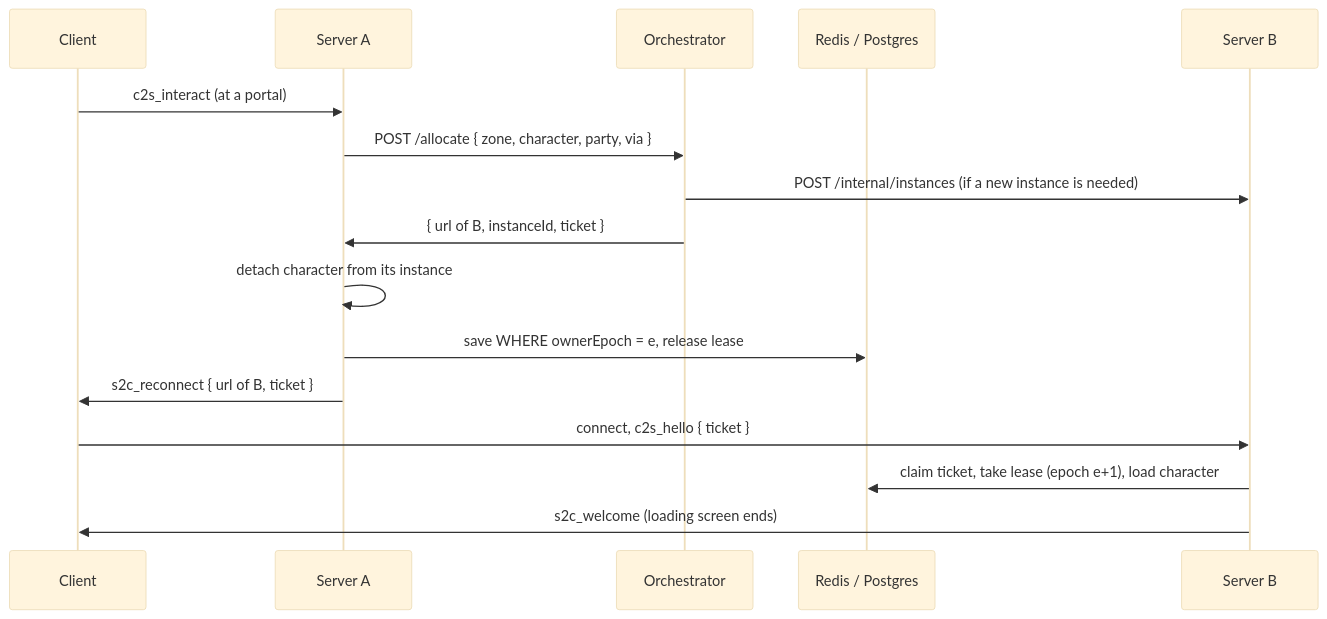
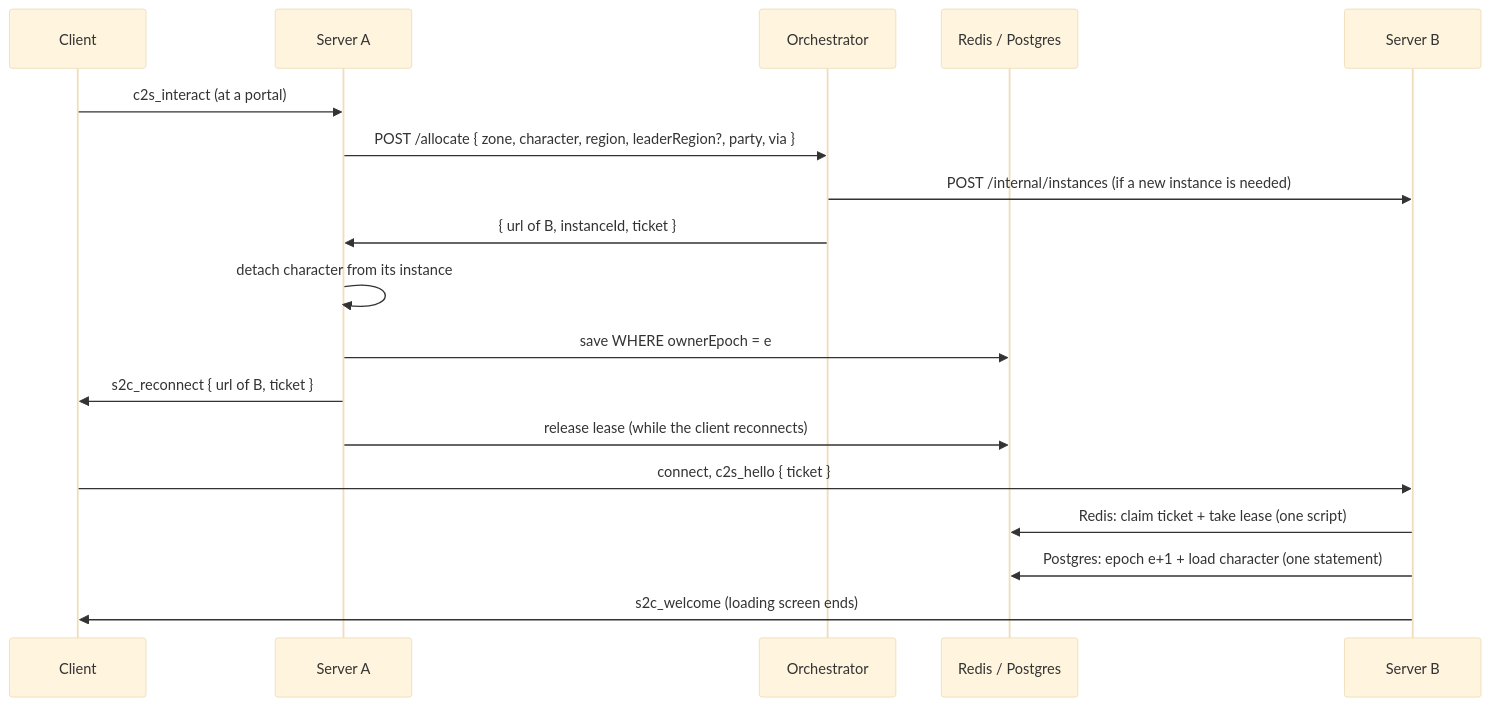
Before and after one commit to bigabig/mmoexile: the second of 5 diagrams in docs/ARCHITECTURE.md, drawn with Mermaid (base theme). The commit also changed other lines of this file and 5 other files, not shown here.

````diff
--- a/docs/ARCHITECTURE.md
+++ b/docs/ARCHITECTURE.md
@@ -80,19 +92,21 @@
 ```mermaid
 sequenceDiagram
     participant C as Client
     participant A as Server A
     participant O as Orchestrator
     participant R as Redis / Postgres
     participant B as Server B
 
     C->>A: c2s_interact (at a portal)
-    A->>O: POST /allocate { zone, character, party, via }
+    A->>O: POST /allocate { zone, character, region, leaderRegion?, party, via }
     O->>B: POST /internal/instances (if a new instance is needed)
     O->>A: { url of B, instanceId, ticket }
     A->>A: detach character from its instance
-    A->>R: save WHERE ownerEpoch = e, release lease
+    A->>R: save WHERE ownerEpoch = e
     A->>C: s2c_reconnect { url of B, ticket }
+    A->>R: release lease (while the client reconnects)
     C->>B: connect, c2s_hello { ticket }
-    B->>R: claim ticket, take lease (epoch e+1), load character
+    B->>R: Redis: claim ticket + take lease (one script)
+    B->>R: Postgres: epoch e+1 + load character (one statement)
     B->>C: s2c_welcome (loading screen ends)
 ```
````
